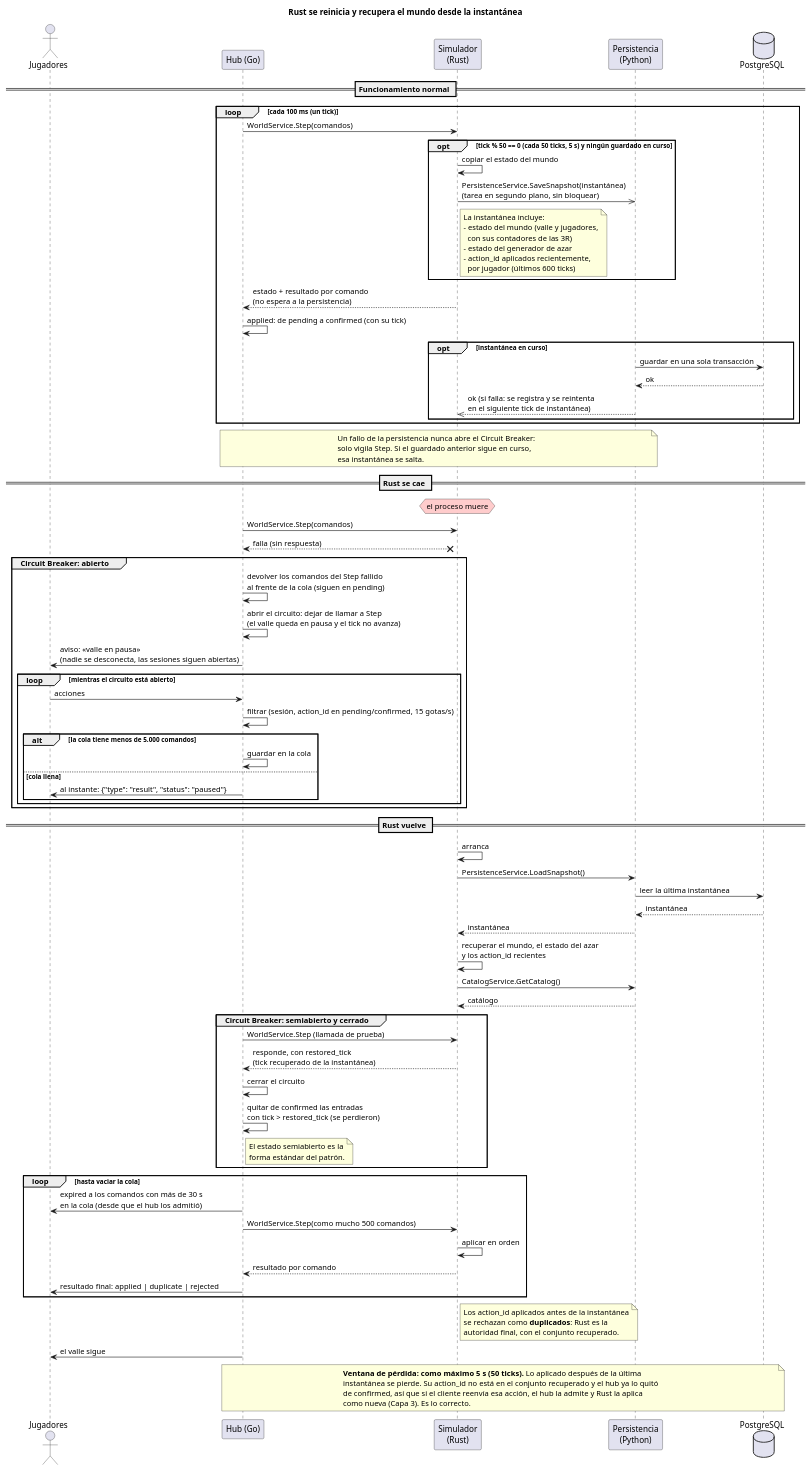
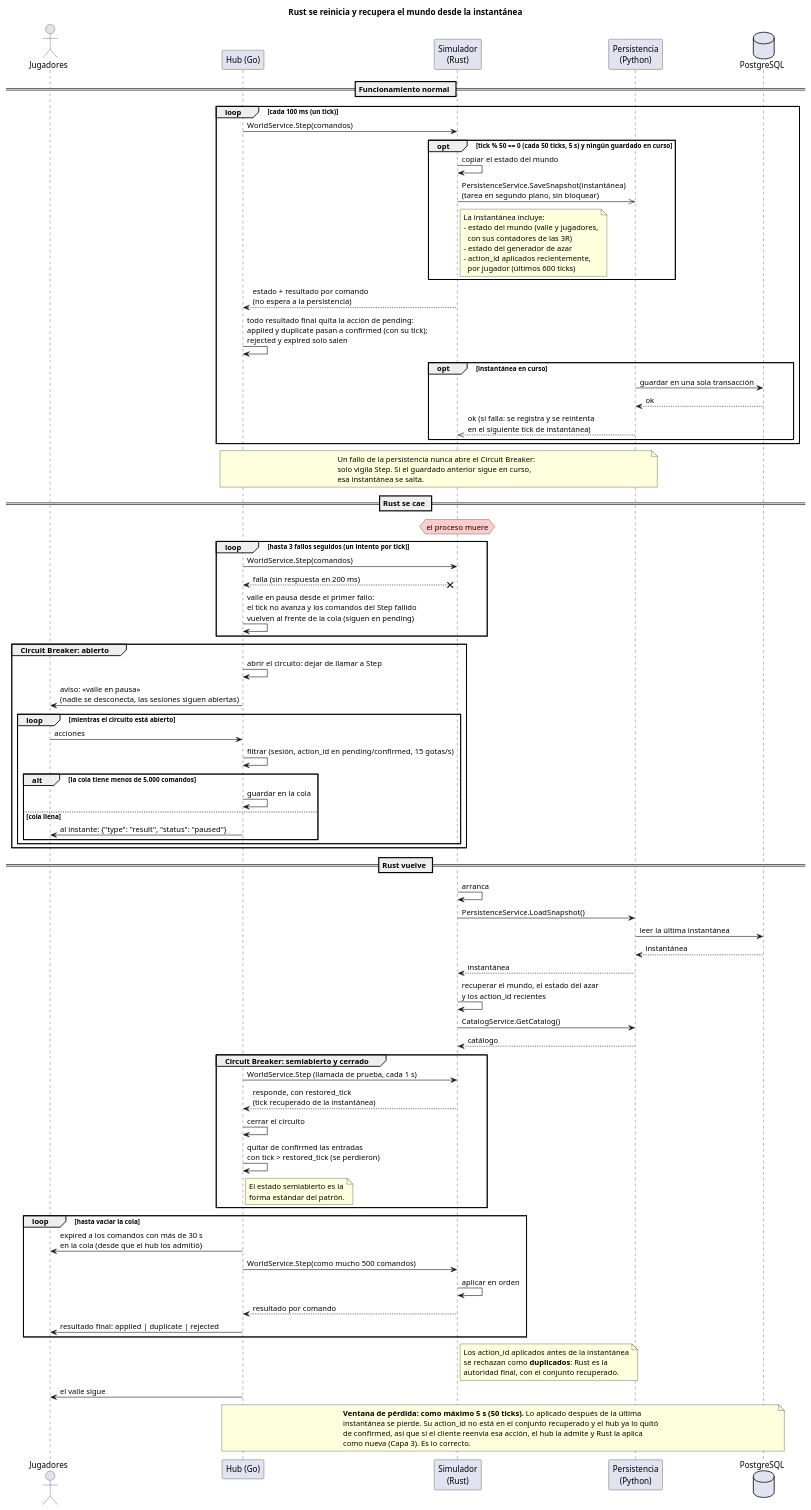
The diagram in docs/diagrams/04-secuencia-reinicio-rust.puml (iadev2005/hydrovalley), drawn with PlantUML before and after one commit. The commit also changed 16 other files, not shown here.

```diff
--- a/docs/diagrams/04-secuencia-reinicio-rust.puml
+++ b/docs/diagrams/04-secuencia-reinicio-rust.puml
@@ -1,104 +1,106 @@
 @startuml 04-secuencia-reinicio-rust
 title Rust se reinicia y recupera el mundo desde la instantánea
 
 actor "Jugadores" as Players
 participant "Hub (Go)" as Hub
 participant "Simulador\n(Rust)" as World
 participant "Persistencia\n(Python)" as Persistence
 database "PostgreSQL" as Db
 
 == Funcionamiento normal ==
 
 loop cada 100 ms (un tick)
   Hub -> World : WorldService.Step(comandos)
   opt tick % 50 == 0 (cada 50 ticks, 5 s) y ningún guardado en curso
     World -> World : copiar el estado del mundo
     World ->> Persistence : PersistenceService.SaveSnapshot(instantánea)\n(tarea en segundo plano, sin bloquear)
     note right of World
       La instantánea incluye:
       - estado del mundo (valle y jugadores,
         con sus contadores de las 3R)
       - estado del generador de azar
       - action_id aplicados recientemente,
         por jugador (últimos 600 ticks)
     end note
   end
   World --> Hub : estado + resultado por comando\n(no espera a la persistencia)
-  Hub -> Hub : applied: de pending a confirmed (con su tick)
+  Hub -> Hub : todo resultado final quita la acción de pending:\napplied y duplicate pasan a confirmed (con su tick);\nrejected y expired solo salen
   opt instantánea en curso
     Persistence -> Db : guardar en una sola transacción
     Db --> Persistence : ok
     Persistence -->> World : ok (si falla: se registra y se reintenta\nen el siguiente tick de instantánea)
   end
 end
 note over Hub, Persistence
   Un fallo de la persistencia nunca abre el Circuit Breaker:
   solo vigila Step. Si el guardado anterior sigue en curso,
   esa instantánea se salta.
 end note
 
 == Rust se cae ==
 
 hnote over World #FFCCCC : el proceso muere
-Hub -> World : WorldService.Step(comandos)
-Hub <--x World : falla (sin respuesta)
+loop hasta 3 fallos seguidos (un intento por tick)
+  Hub -> World : WorldService.Step(comandos)
+  Hub <--x World : falla (sin respuesta en 200 ms)
+  Hub -> Hub : valle en pausa desde el primer fallo:\nel tick no avanza y los comandos del Step fallido\nvuelven al frente de la cola (siguen en pending)
+end
 
 group Circuit Breaker: abierto
-  Hub -> Hub : devolver los comandos del Step fallido\nal frente de la cola (siguen en pending)
-  Hub -> Hub : abrir el circuito: dejar de llamar a Step\n(el valle queda en pausa y el tick no avanza)
+  Hub -> Hub : abrir el circuito: dejar de llamar a Step
   Hub -> Players : aviso: «valle en pausa»\n(nadie se desconecta, las sesiones siguen abiertas)
   loop mientras el circuito está abierto
     Players -> Hub : acciones
     Hub -> Hub : filtrar (sesión, action_id en pending/confirmed, 15 gotas/s)
     alt la cola tiene menos de 5.000 comandos
       Hub -> Hub : guardar en la cola
     else cola llena
       Hub -> Players : al instante: {"type": "result", "status": "paused"}
     end
   end
 end
 
 == Rust vuelve ==
 
 World -> World : arranca
 World -> Persistence : PersistenceService.LoadSnapshot()
 Persistence -> Db : leer la última instantánea
 Db --> Persistence : instantánea
 Persistence --> World : instantánea
 World -> World : recuperar el mundo, el estado del azar\ny los action_id recientes
 World -> Persistence : CatalogService.GetCatalog()
 Persistence --> World : catálogo
 
 group Circuit Breaker: semiabierto y cerrado
-  Hub -> World : WorldService.Step (llamada de prueba)
+  Hub -> World : WorldService.Step (llamada de prueba, cada 1 s)
   World --> Hub : responde, con restored_tick\n(tick recuperado de la instantánea)
   Hub -> Hub : cerrar el circuito
   Hub -> Hub : quitar de confirmed las entradas\ncon tick > restored_tick (se perdieron)
   note right of Hub
     El estado semiabierto es la
     forma estándar del patrón.
   end note
 end
 
 loop hasta vaciar la cola
   Hub -> Players : expired a los comandos con más de 30 s\nen la cola (desde que el hub los admitió)
   Hub -> World : WorldService.Step(como mucho 500 comandos)
   World -> World : aplicar en orden
   World --> Hub : resultado por comando
   Hub -> Players : resultado final: applied | duplicate | rejected
 end
 note right of World
   Los action_id aplicados antes de la instantánea
   se rechazan como <b>duplicados</b>: Rust es la
   autoridad final, con el conjunto recuperado.
 end note
 Hub -> Players : el valle sigue
 
 note over Hub, Db
   <b>Ventana de pérdida: como máximo 5 s (50 ticks).</b> Lo aplicado después de la última
   instantánea se pierde. Su action_id no está en el conjunto recuperado y el hub ya lo quitó
   de confirmed, así que si el cliente reenvía esa acción, el hub la admite y Rust la aplica
   como nueva (Capa 3). Es lo correcto.
 end note
 
 @enduml
```
